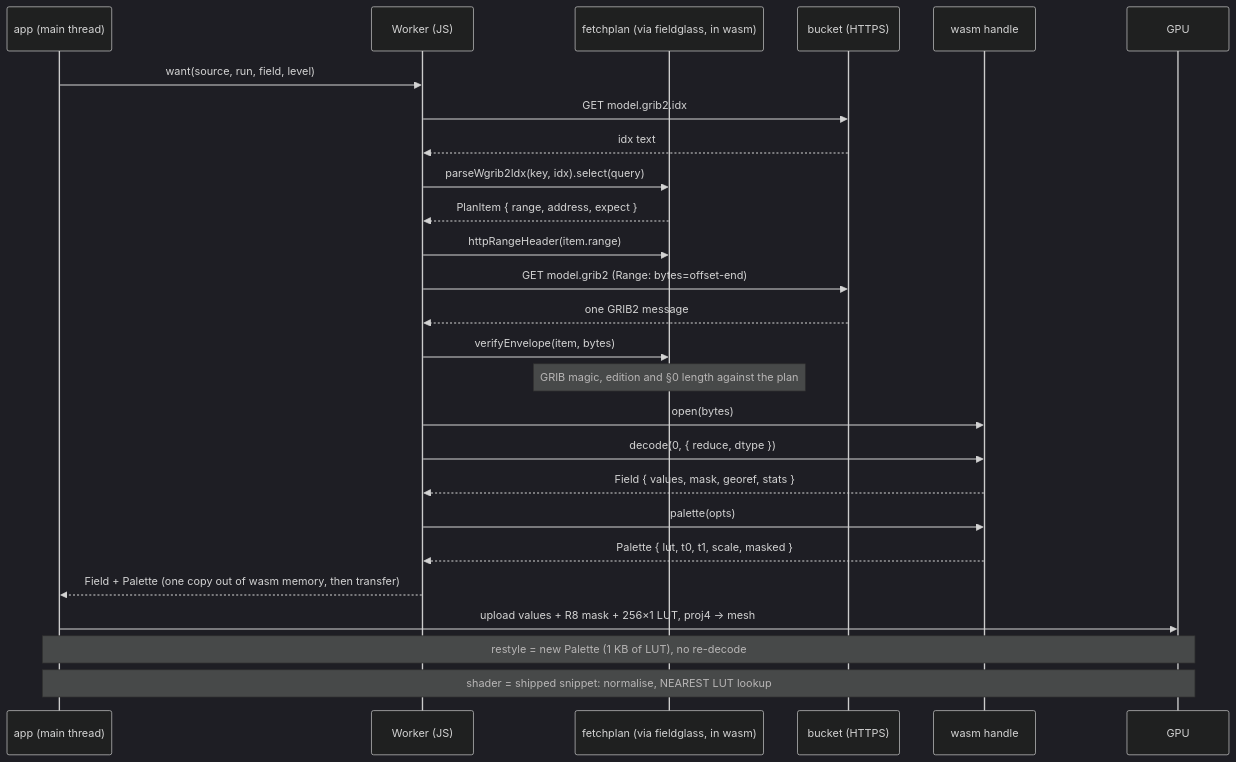
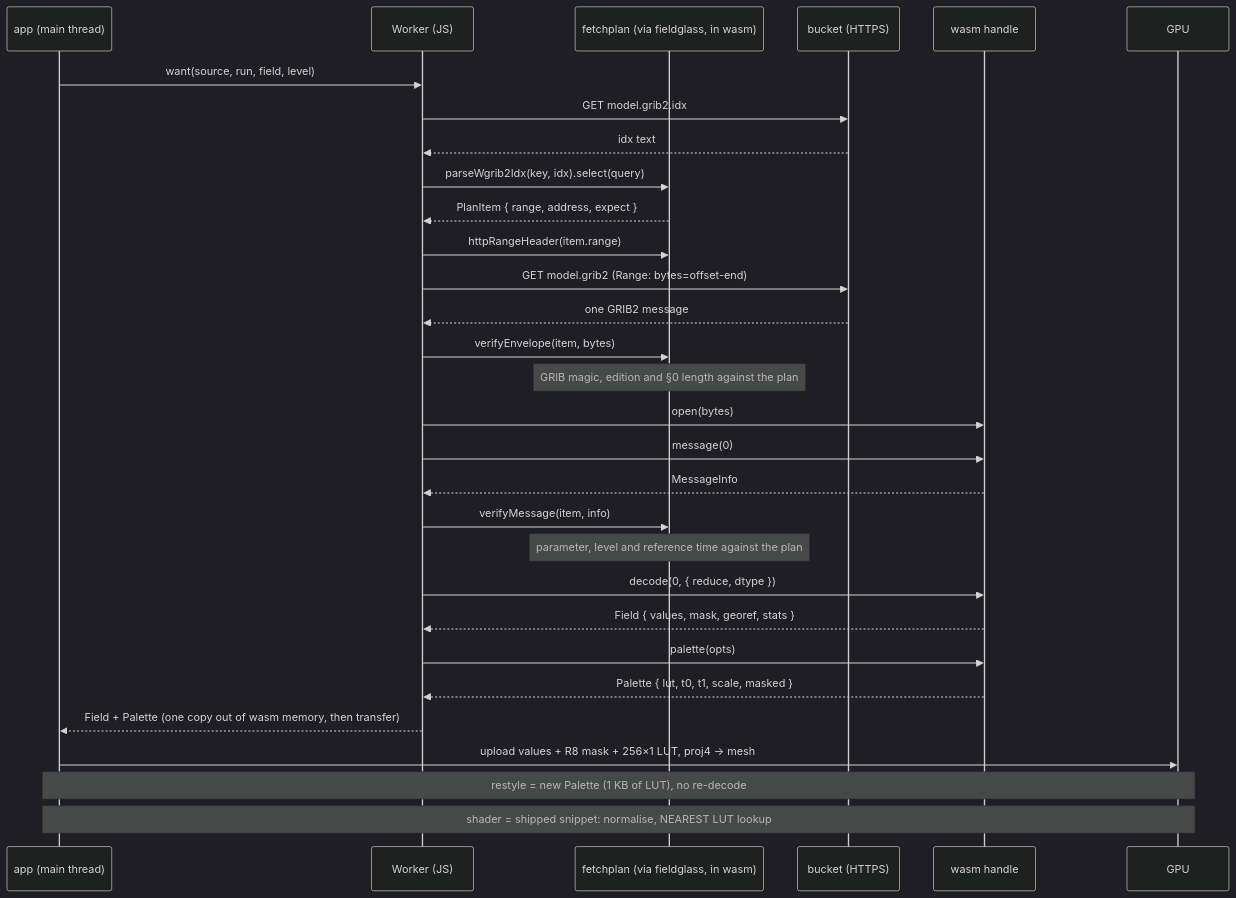
Before and after one commit to D0ubleD0uble/fieldglass: the second of 2 diagrams in docs/architecture/planned/04-hosts.md, drawn with Mermaid (dark theme). The commit also changed other lines of this file and 21 other files, not shown here.

````diff
--- a/docs/architecture/planned/04-hosts.md
+++ b/docs/architecture/planned/04-hosts.md
@@ -37,29 +37,33 @@
 ```mermaid
 sequenceDiagram
     participant A as app (main thread)
     participant W as Worker (JS)
     participant P as fetchplan (via fieldglass, in wasm)
     participant B as bucket (HTTPS)
     participant H as wasm handle
     participant G as GPU
 
     A->>W: want(source, run, field, level)
     W->>B: GET model.grib2.idx
     B-->>W: idx text
     W->>P: parseWgrib2Idx(key, idx).select(query)
     P-->>W: PlanItem { range, address, expect }
     W->>P: httpRangeHeader(item.range)
     W->>B: GET model.grib2 (Range: bytes=offset-end)
     B-->>W: one GRIB2 message
     W->>P: verifyEnvelope(item, bytes)
     Note over P: GRIB magic, edition and §0 length against the plan
     W->>H: open(bytes)
+    W->>H: message(0)
+    H-->>W: MessageInfo
+    W->>P: verifyMessage(item, info)
+    Note over P: parameter, level and reference time against the plan
     W->>H: decode(0, { reduce, dtype })
     H-->>W: Field { values, mask, georef, stats }
     W->>H: palette(opts)
     H-->>W: Palette { lut, t0, t1, scale, masked }
     W-->>A: Field + Palette (one copy out of wasm memory, then transfer)
     A->>G: upload values + R8 mask + 256×1 LUT, proj4 → mesh
     Note over A,G: restyle = new Palette (1 KB of LUT), no re-decode
     Note over A,G: shader = shipped snippet: normalise, NEAREST LUT lookup
 ```
````
